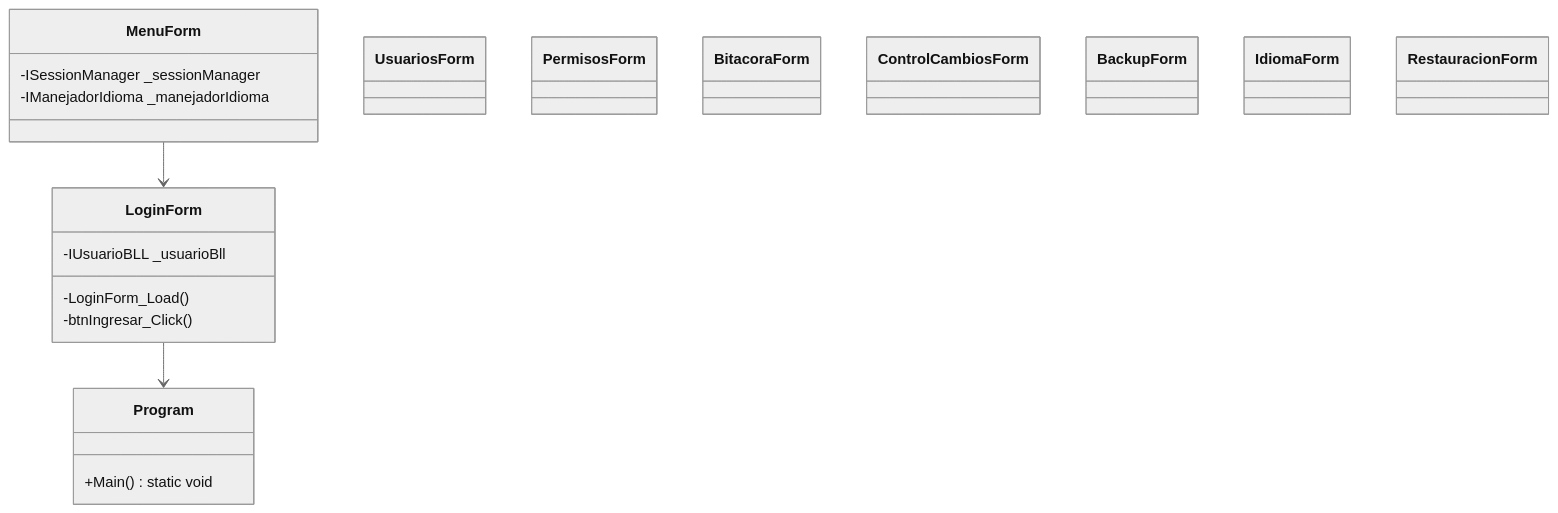
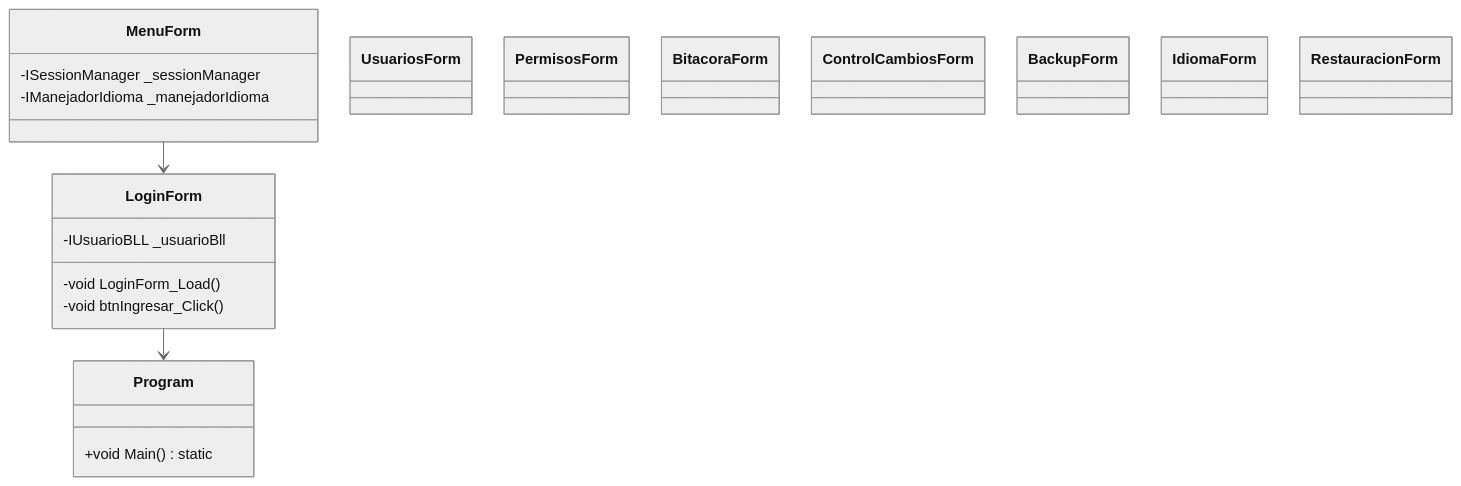
Diagram 19 of 25 in Documentacion/diagrams_code.md (LautiSmyth/Stach), drawn with Mermaid (neutral theme) before and after one commit. The commit also changed other lines of this file, not shown here.

Commit message:
Doc: Format all Mermaid diagrams to match student ELK configuration layout and standard C# member type/name declarations

````diff
--- a/Documentacion/diagrams_code.md
+++ b/Documentacion/diagrams_code.md
@@ -489,24 +535,28 @@
 ```mermaid
+---
+config:
+  layout: elk
+---
 classDiagram
     class Program {
-        +Main() static void
+        +void Main() static
     }
     class LoginForm {
         -IUsuarioBLL _usuarioBll
-        -LoginForm_Load()
-        -btnIngresar_Click()
+        -void LoginForm_Load()
+        -void btnIngresar_Click()
     }
     class MenuForm {
         -ISessionManager _sessionManager
         -IManejadorIdioma _manejadorIdioma
     }
     class UsuariosForm
     class PermisosForm
     class BitacoraForm
     class ControlCambiosForm
     class BackupForm
     class IdiomaForm
     class RestauracionForm
     LoginForm --> Program
     MenuForm --> LoginForm
 ```
````
